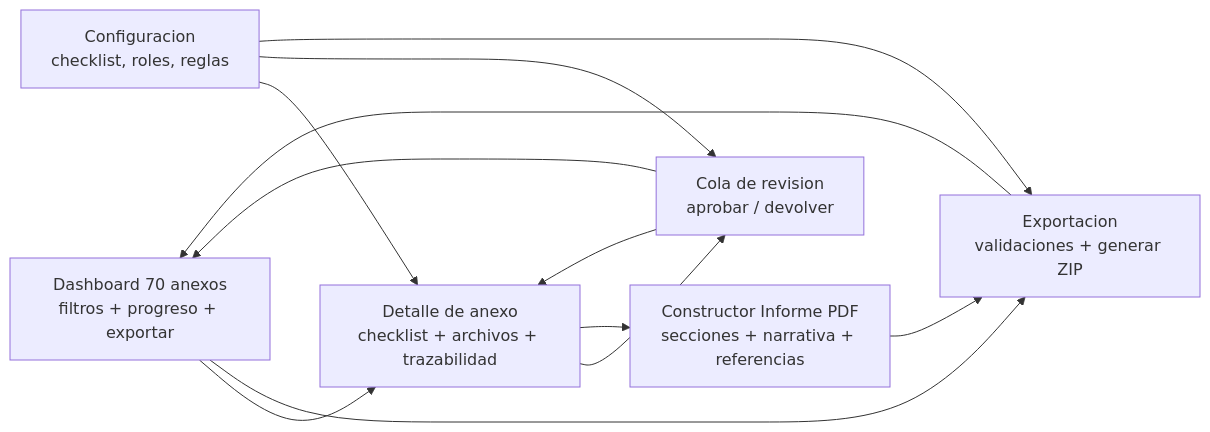
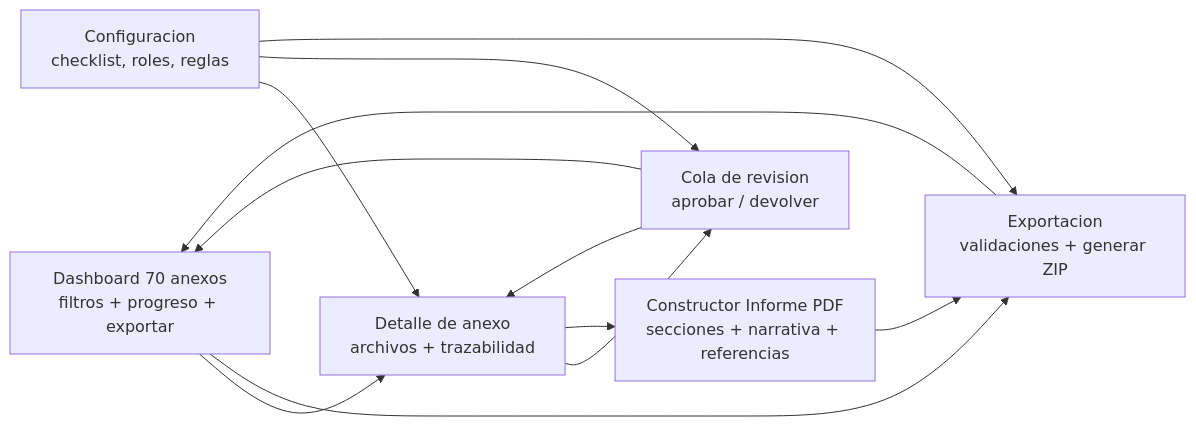
The second of 2 diagrams in docs/analisis-recolector-anexos-preconteo.md (shell931/documents), drawn with Mermaid before and after one commit. The commit also changed other lines of this file and 7 other files, not shown here.

````diff
--- a/docs/analisis-recolector-anexos-preconteo.md
+++ b/docs/analisis-recolector-anexos-preconteo.md
@@ -505,21 +500,21 @@
 ```mermaid
 flowchart LR
     D1[Dashboard 70 anexos<br/>filtros + progreso + exportar]
-    D2[Detalle de anexo<br/>checklist + archivos + trazabilidad]
+    D2[Detalle de anexo<br/>archivos + trazabilidad]
     D3[Cola de revision<br/>aprobar / devolver]
     D4[Exportacion<br/>validaciones + generar ZIP]
     D5[Configuracion<br/>checklist, roles, reglas]
     D6[Constructor Informe PDF<br/>secciones + narrativa + referencias]
 
     D1 --> D2
     D2 --> D3
     D3 --> D2
     D3 --> D1
     D1 --> D4
     D4 --> D1
     D5 --> D2
     D5 --> D3
     D5 --> D4
     D2 --> D6
     D6 --> D4
 ```
````
